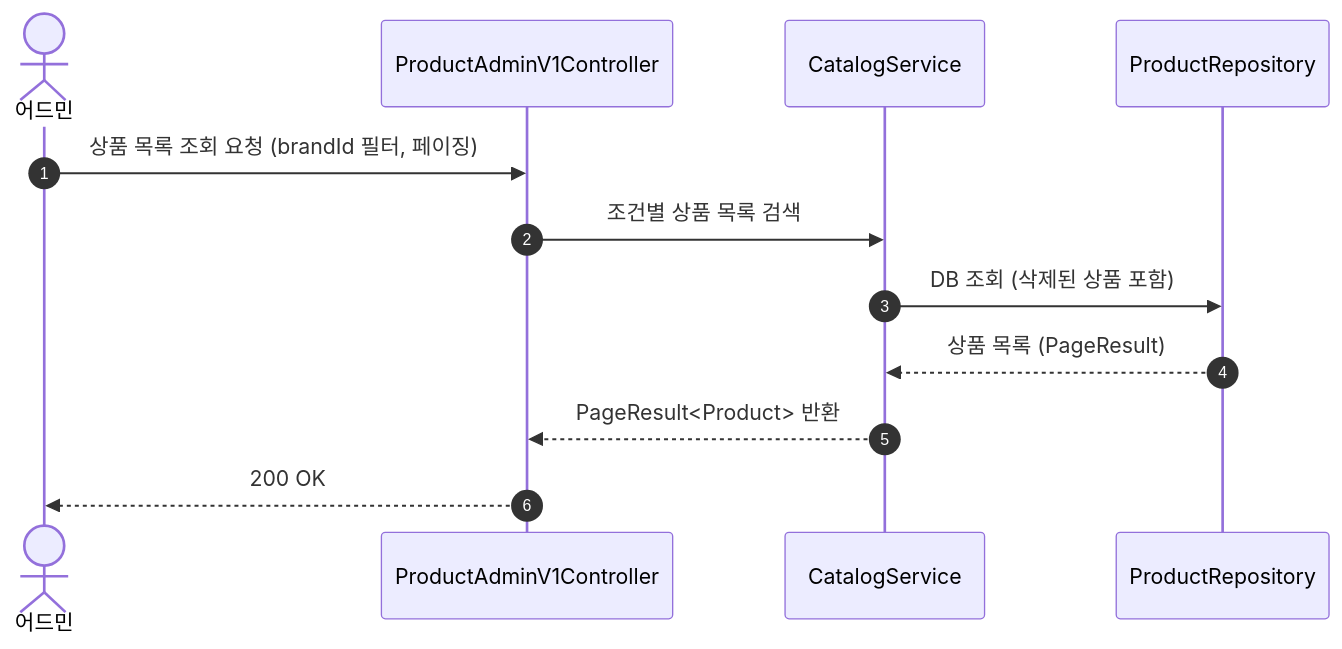
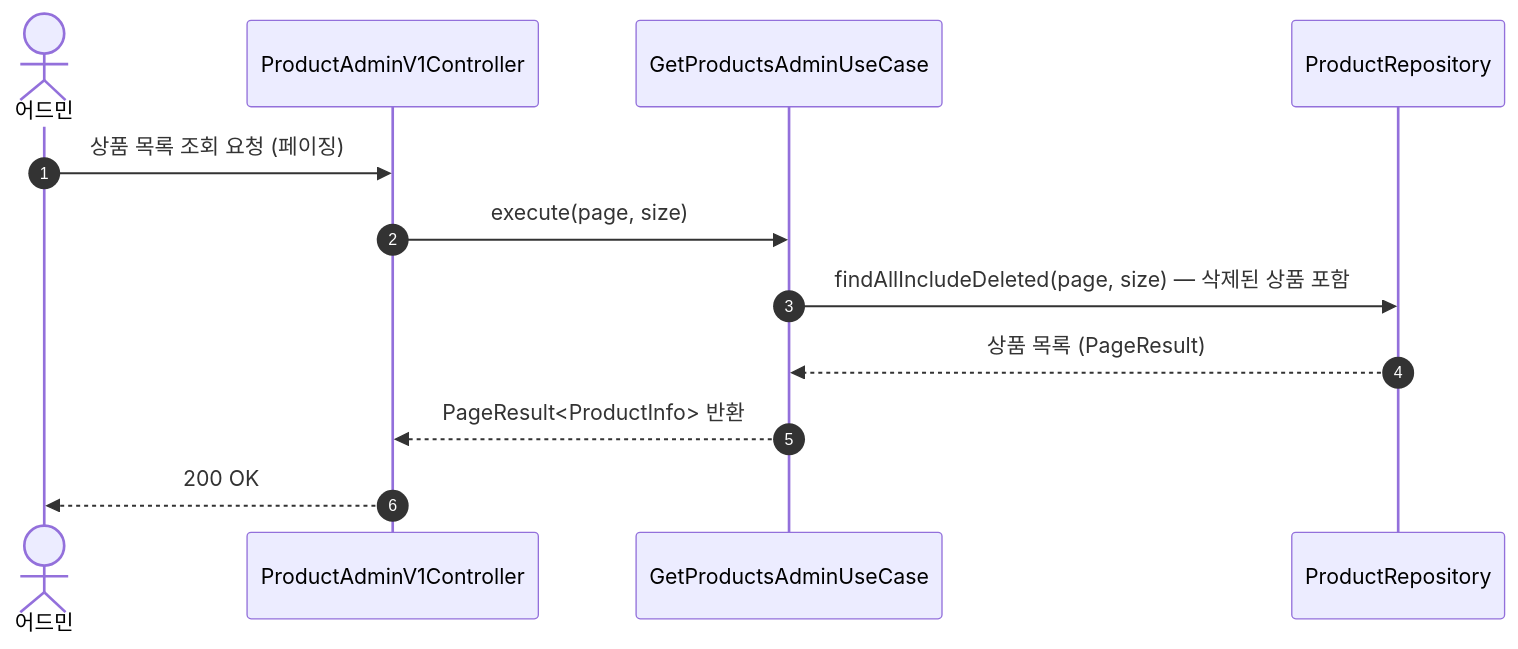
One commit to Loopers-dev-lab/loop-pack-be-l2-vol3-kotlin changed the tenth of 26 diagrams in docs/design/02-sequence-diagrams.md. Above: the diagram before and after it, drawn with Mermaid. The commit also changed other lines of this file and 6 other files, not shown here.

First line of the commit message:
docs: 설계 문서 최신화 — Facade/Service → UseCase 패턴 반영

````diff
--- a/docs/design/02-sequence-diagrams.md
+++ b/docs/design/02-sequence-diagrams.md
@@ -266,14 +269,14 @@
 ```mermaid
 sequenceDiagram
     autonumber
     actor Admin as 어드민
     participant C as ProductAdminV1Controller
-    participant S as CatalogService
+    participant UC as GetProductsAdminUseCase
     participant R as ProductRepository
-    Admin ->> C: 상품 목록 조회 요청 (brandId 필터, 페이징)
-    C ->> S: 조건별 상품 목록 검색
-    S ->> R: DB 조회 (삭제된 상품 포함)
-    R -->> S: 상품 목록 (PageResult)
-    S -->> C: PageResult<Product> 반환
+    Admin ->> C: 상품 목록 조회 요청 (페이징)
+    C ->> UC: execute(page, size)
+    UC ->> R: findAllIncludeDeleted(page, size) — 삭제된 상품 포함
+    R -->> UC: 상품 목록 (PageResult)
+    UC -->> C: PageResult<ProductInfo> 반환
     C -->> Admin: 200 OK
 ```
````
